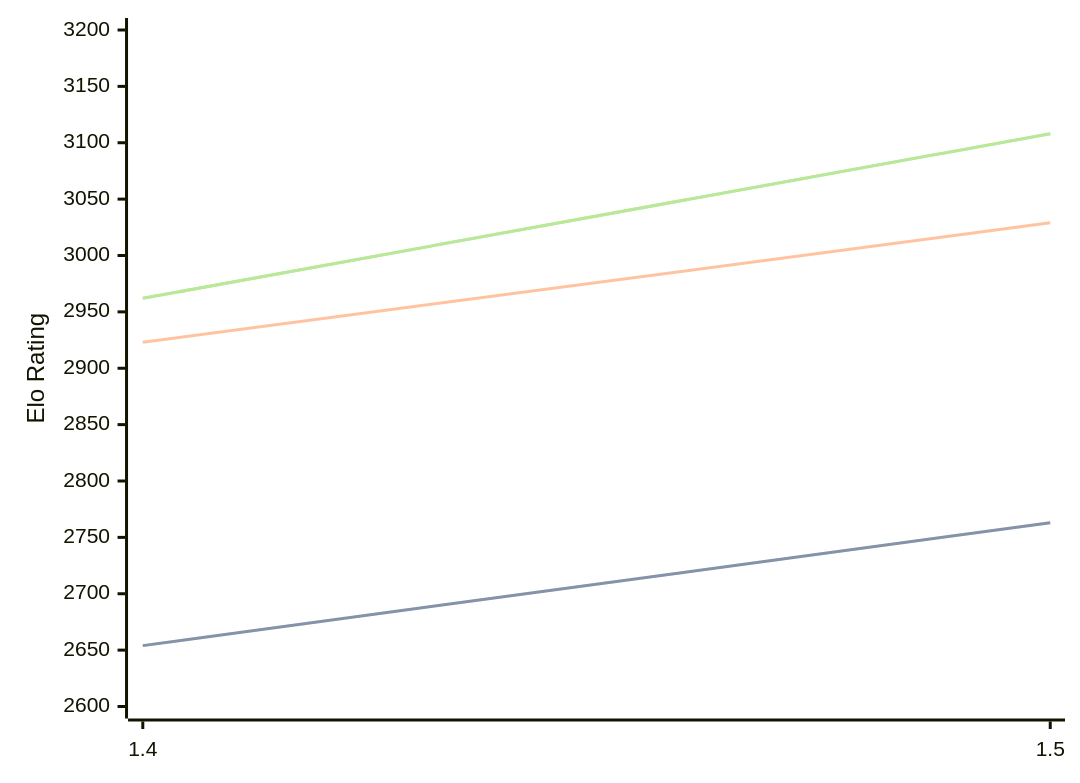
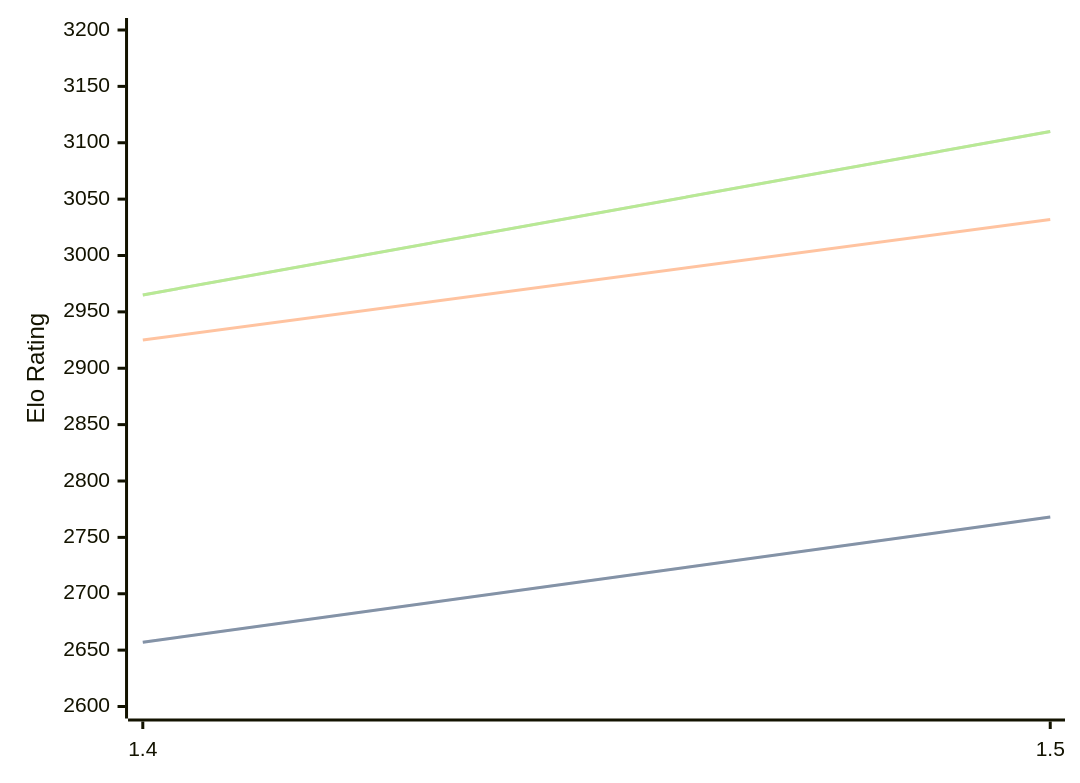
Before and after one commit to computer-chess-index/cci: the diagram in engines/Yakka.md, drawn with Mermaid. The commit also changed other lines of this file, not shown here.

Commit message:
Update CCI Ratings (ELO VLTC) - 2026-09-24

````diff
--- a/engines/Yakka.md
+++ b/engines/Yakka.md
@@ -32,11 +32,11 @@
 ```mermaid
 %%{init: {"theme":"base","themeVariables":{"seriesColors:['#a3a3a3','#222221','#faa371']}}}%%
 xychart-beta
   x-axis ["1.4", "1.5"]
   y-axis "Elo Rating" 2600 --> 3200
-  line "" [2654, 2763]
-  line "STC (8.0+0.08s)" [2654, 2763]
-  line "LTC (60.0+0.60s)" [2923, 3029]
-  line "" [2962, 3108]
-  line "VLTC (2m24s+1.12s)" [2962, 3108]
+  line "" [2657, 2768]
+  line "STC (8.0+0.08s)" [2657, 2768]
+  line "LTC (60.0+0.60s)" [2925, 3032]
+  line "" [2965, 3110]
+  line "VLTC (2m24s+1.12s)" [2965, 3110]
 ```
````
